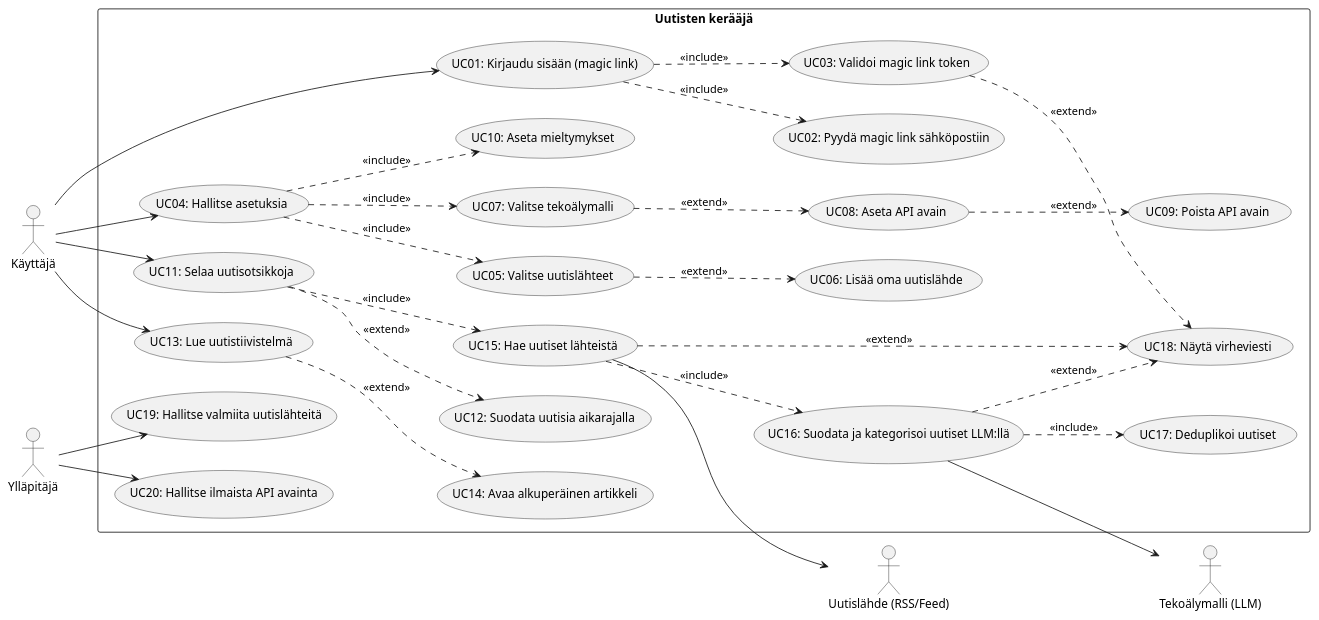
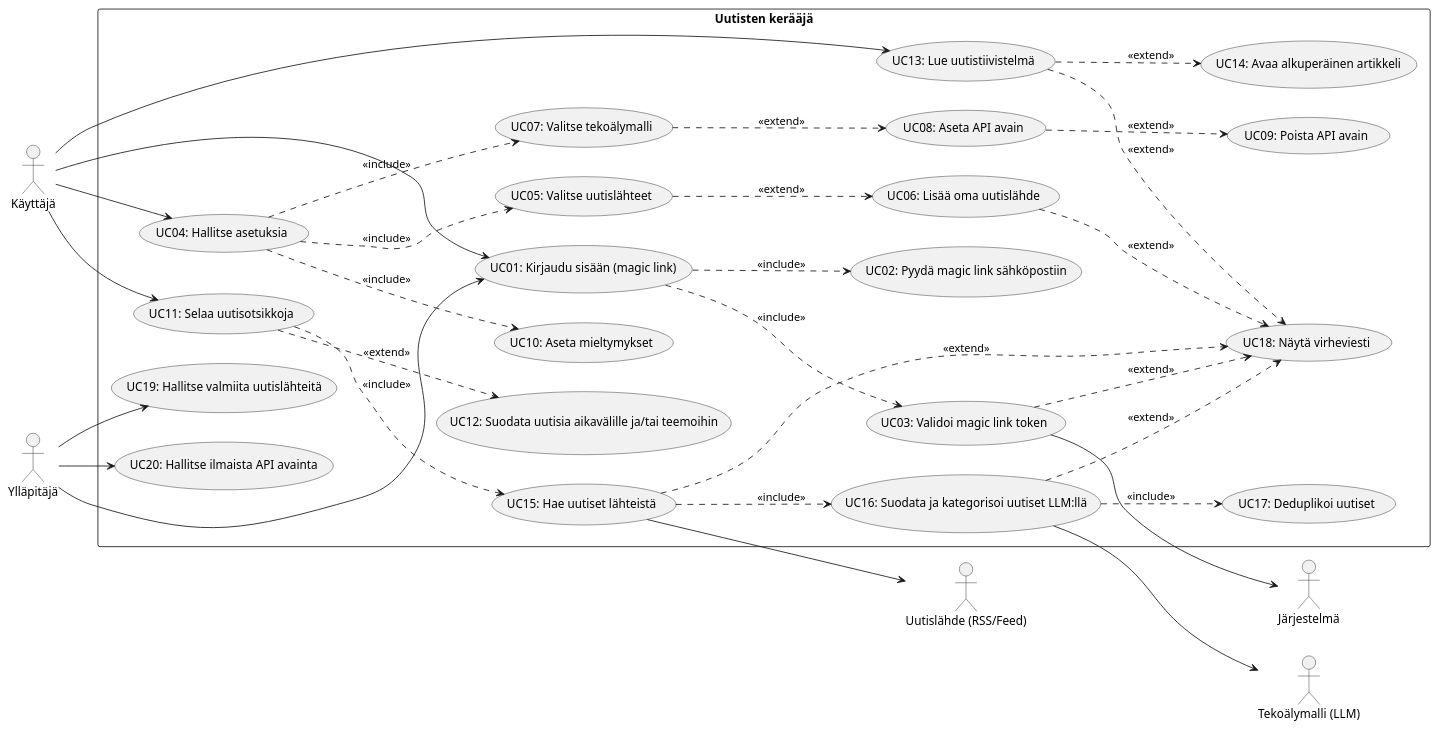
The diagram in docs/plantuml/use_case.puml (KsenoxCr/AI_News_Aggregator), drawn with PlantUML before and after one commit. The commit also changed 1 other file, not shown here.

Commit message:
docs: correcting use case diagram

```diff
--- a/docs/plantuml/use_case.puml
+++ b/docs/plantuml/use_case.puml
@@ -1,74 +1,80 @@
 @startuml
 left to right direction
 skinparam packageStyle rectangle
 
 actor "Käyttäjä" as User
 actor "Ylläpitäjä" as Admin
+actor "Järjestelmä" as System
 actor "Tekoälymalli (LLM)" as LLM
 actor "Uutislähde (RSS/Feed)" as Feed
 
 rectangle "Uutisten kerääjä" {
 
   ' Auth
   usecase "UC01: Kirjaudu sisään (magic link)" as UC01
   usecase "UC02: Pyydä magic link sähköpostiin" as UC02
   usecase "UC03: Validoi magic link token" as UC03
 
   ' Settings
   usecase "UC04: Hallitse asetuksia" as UC04
   usecase "UC05: Valitse uutislähteet" as UC05
   usecase "UC06: Lisää oma uutislähde" as UC06
   usecase "UC07: Valitse tekoälymalli" as UC07
   usecase "UC08: Aseta API avain" as UC08
   usecase "UC09: Poista API avain" as UC09
   usecase "UC10: Aseta mieltymykset" as UC10
 
   ' News browsing
   usecase "UC11: Selaa uutisotsikkoja" as UC11
-  usecase "UC12: Suodata uutisia aikarajalla" as UC12
+  usecase "UC12: Suodata uutisia aikavälille ja/tai teemoihin" as UC12
   usecase "UC13: Lue uutistiivistelmä" as UC13
   usecase "UC14: Avaa alkuperäinen artikkeli" as UC14
 
   ' System / background
   usecase "UC15: Hae uutiset lähteistä" as UC15
   usecase "UC16: Suodata ja kategorisoi uutiset LLM:llä" as UC16
   usecase "UC17: Deduplikoi uutiset" as UC17
   usecase "UC18: Näytä virheviesti" as UC18
 
   ' Admin
   usecase "UC19: Hallitse valmiita uutislähteitä" as UC19
   usecase "UC20: Hallitse ilmaista API avainta" as UC20
 }
 
 ' User flows
 User --> UC01
 UC01 ..> UC02 : <<include>>
 UC01 ..> UC03 : <<include>>
 
 User --> UC04
 UC04 ..> UC05 : <<include>>
 UC04 ..> UC07 : <<include>>
 UC04 ..> UC10 : <<include>>
 UC05 ..> UC06 : <<extend>>
 UC07 ..> UC08 : <<extend>>
 UC08 ..> UC09 : <<extend>>
 
 User --> UC11
 UC11 ..> UC12 : <<extend>>
 UC11 ..> UC15 : <<include>>
 UC15 ..> UC16 : <<include>>
 UC16 ..> UC17 : <<include>>
 
 User --> UC13
 UC13 ..> UC14 : <<extend>>
 
+UC03 --> System
 UC15 --> Feed
 UC16 --> LLM
 
+
+UC06 ..> UC18 : <<extend>>
+UC13 ..> UC18 : <<extend>>
 UC15 ..> UC18 : <<extend>>
 UC16 ..> UC18 : <<extend>>
 UC03 ..> UC18 : <<extend>>
 
+Admin --> UC01
 Admin --> UC19
 Admin --> UC20
 @enduml
```
